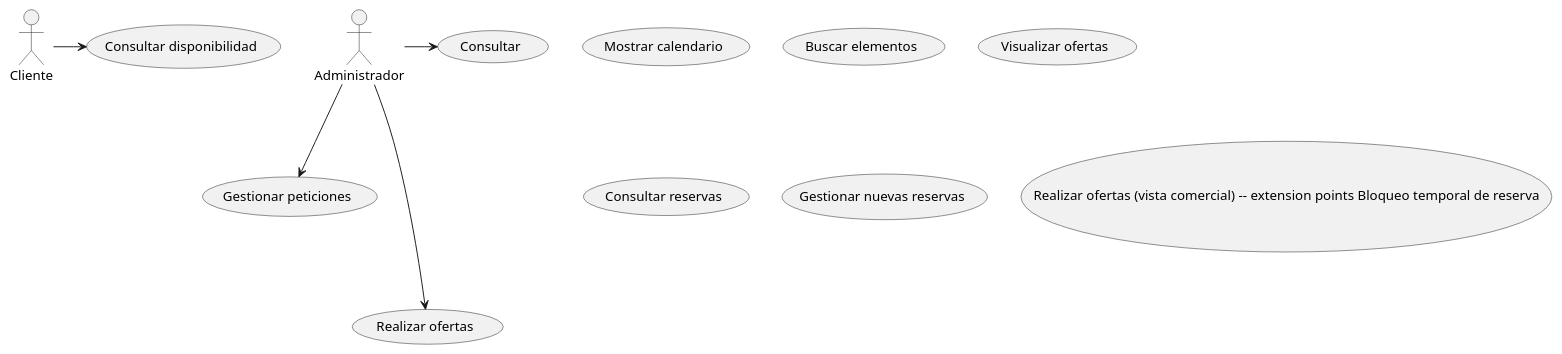
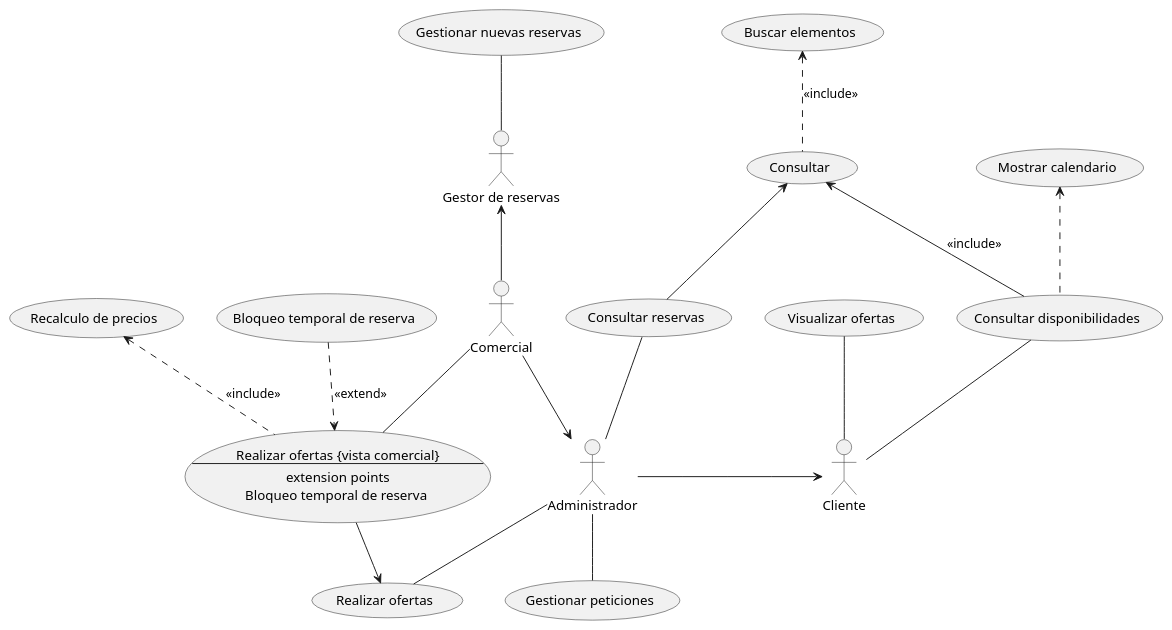
The diagram in lab0/source/Compania hotelera.puml (cgg734/INRE-UAL-MORADO-2022-2023), drawn with PlantUML before and after one commit.

Commit message:
guardado

```diff
--- a/lab0/source/Compania hotelera.puml
+++ b/lab0/source/Compania hotelera.puml
@@ -1,19 +1,50 @@
 @startuml
 
-(Mostrar calendario) as (UC1)
-(Buscar elementos) as (UC2)
-usecase (Consultar disponibilidad) as (UC3)
-actor Cliente 
-:Cliente: -> (UC3)
-usecase Consultar as UC4
-usecase (Gestionar peticiones) as UC7
-usecase (Realizar ofertas) as UC8
+usecase (Visualizar ofertas) as VisualOf
+"Consultar disponibilidades" as (ConsultDisponib)
+
+actor Cliente
+Cliente-up-(ConsultDisponib)
+Cliente-up-(VisualOf)
+
+usecase (Gestionar peticiones) as GestPet
+usecase (Realizar ofertas) as RealOf
+usecase (Consultar reservas) as ConsultRes
+
 actor Administrador
-:Administrador: -> (UC4)   
-:Administrador: --> (UC7) 
-:Administrador: ---> (UC8) 
-usecase (Visualizar ofertas) as UC5
-usecase (Consultar reservas) as UC6
-usecase (Gestionar nuevas reservas) as UC9
-usecase UC10 as "Realizar ofertas (vista comercial) -- extension points Bloqueo temporal de reserva"
+Administrador-up-(ConsultRes)
+Administrador--(GestPet) 
+Administrador-down-(RealOf) 
+
+Administrador-right->Cliente
+
+(Mostrar calendario) as (MCalenda)
+(ConsultDisponib).up.>(MCalenda)
+
+(Consultar)<--(ConsultDisponib): <<include>>
+(Consultar)<--(ConsultRes)
+
+(Buscar elementos) as (BuscaElem)
+(Consultar).up.>(BuscaElem): <<include>>
+
+actor Comercial
+
+Comercial-up-> :Gestor de reservas:
+Comercial-right-> Administrador
+
+usecase (Gestionar nuevas reservas) as GestNReser
+:Gestor de reservas:-up-(GestNReser)
+
+usecase ROfComercial as "Realizar ofertas {vista comercial}
+--
+extension points
+Bloqueo temporal de reserva "
+
+Comercial--(ROfComercial)
+(ROfComercial)-->(RealOf)
+usecase (Bloqueo temporal de reserva) as (Bloq)
+(Bloq)..>(ROfComercial): <<extend>>
+(Recalculo de precios)<..(ROfComercial): <<include>>
+
+
 @enduml
```
